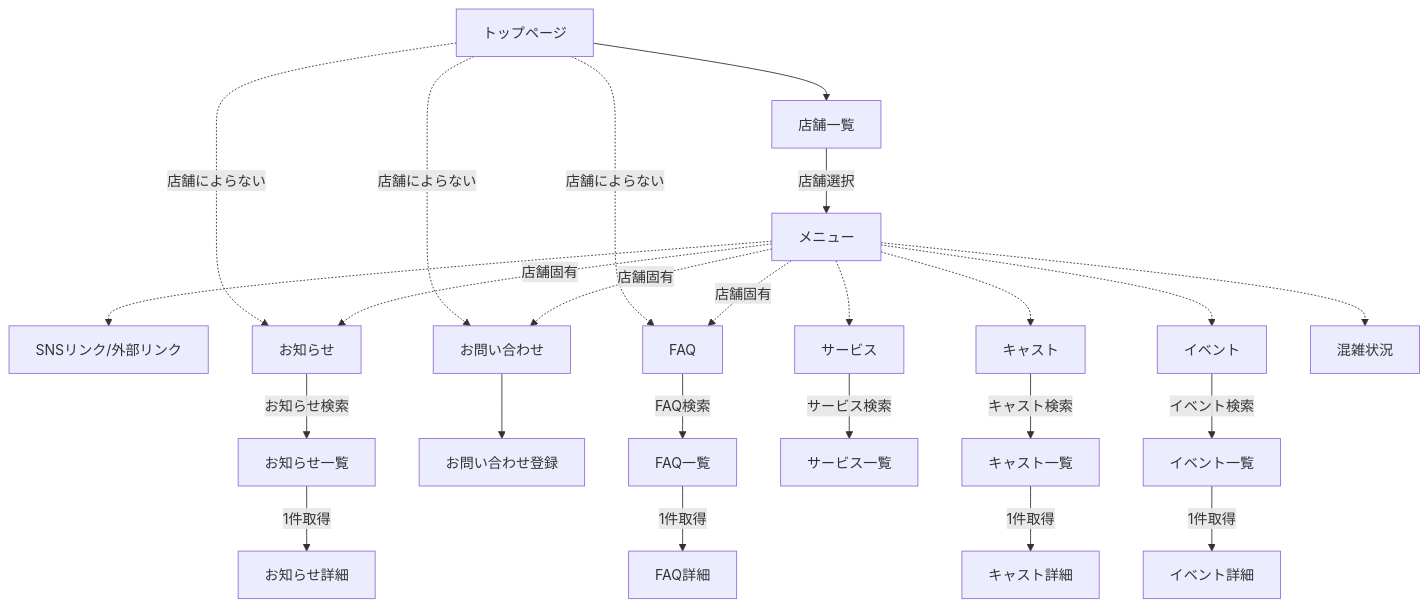
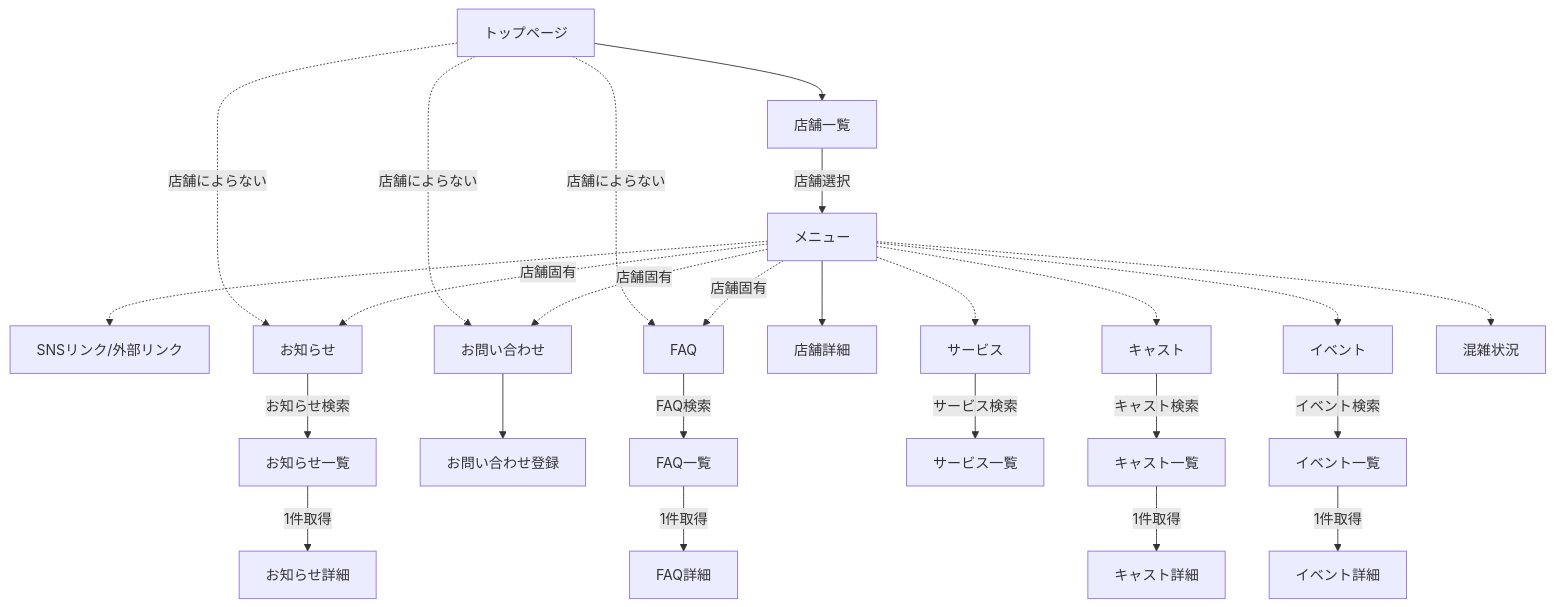
The first of 2 diagrams in document/03.基本設計/README.md (mabubu0203/catcafe), drawn with Mermaid before and after one commit. The commit also changed other lines of this file and 2 other files, not shown here.

````diff
--- a/document/03.基本設計/README.md
+++ b/document/03.基本設計/README.md
@@ -31,27 +31,28 @@
 ```mermaid
 graph TD
 	TOP[トップページ]
-  TOP --> D1[店舗一覧]
-  TOP -.-> |店舗によらない| C[お知らせ]
-  TOP -.-> |店舗によらない| E[お問い合わせ]
-  TOP -.-> |店舗によらない| F[FAQ]
-	D1 --> |店舗選択| H[メニュー]
-  H -.-> |店舗固有| C
-  H -.-> |店舗固有| E
-  H -.-> |店舗固有| F
-	H -.-> I[サービス]
-	H -.-> J[キャスト]
-	H -.-> M[イベント]
-	H -.-> N[混雑状況]
-	H -.-> 0[SNSリンク/外部リンク]
-  C --> |お知らせ検索| C1[お知らせ一覧]
-  C1 --> |1件取得| C2[お知らせ詳細]
-  E --> E3[お問い合わせ登録]
-  F --> |FAQ検索| F1[FAQ一覧]
+	TOP --> D1[店舗一覧]
+    TOP -.-> |店舗によらない| C[お知らせ]
+    TOP -.-> |店舗によらない| E[お問い合わせ]
+    TOP -.-> |店舗によらない| F[FAQ]
+	D1 --> |店舗選択| G[メニュー]
+    G -.-> |店舗固有| C
+    G -.-> |店舗固有| E
+    G -.-> |店舗固有| F
+    G --> D2[店舗詳細]
+	G -.-> I[サービス]
+	G -.-> J[キャスト]
+	G -.-> M[イベント]
+	G -.-> N[混雑状況]
+	G -.-> 0[SNSリンク/外部リンク]
+    C --> |お知らせ検索| C1[お知らせ一覧]
+    C1 --> |1件取得| C2[お知らせ詳細]
+    E --> E3[お問い合わせ登録]
+    F --> |FAQ検索| F1[FAQ一覧]
 	F1 --> |1件取得| F2[FAQ詳細]
 	I --> |サービス検索| I1[サービス一覧]
 	J --> |キャスト検索| J1[キャスト一覧]
 	J1 --> |1件取得| J2[キャスト詳細]
 	M --> |イベント検索| M1[イベント一覧]
 	M1 --> |1件取得| M2[イベント詳細]
 ```
````
